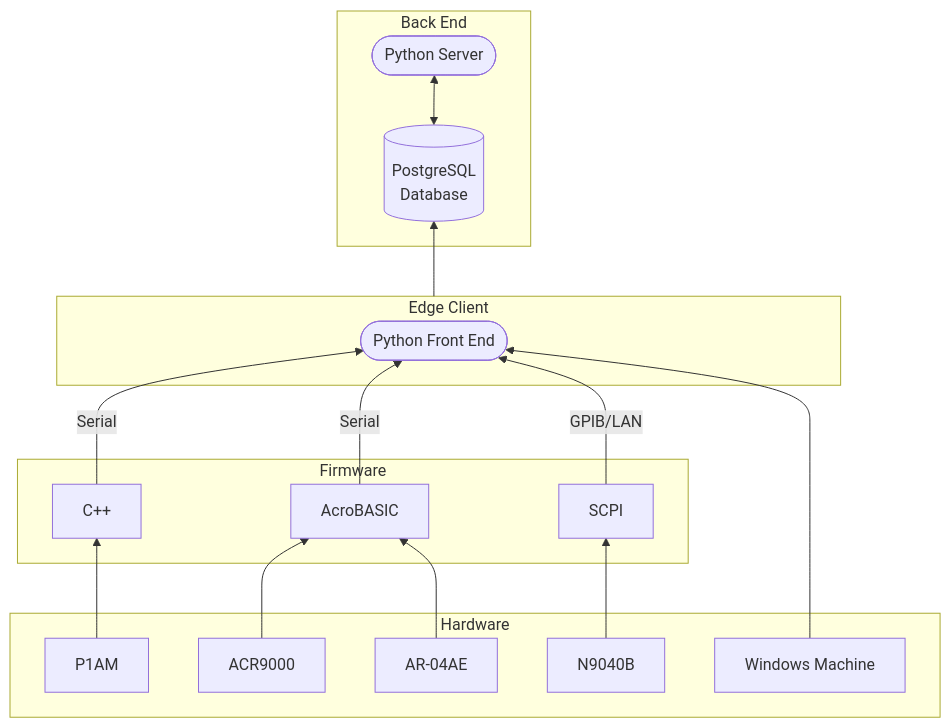
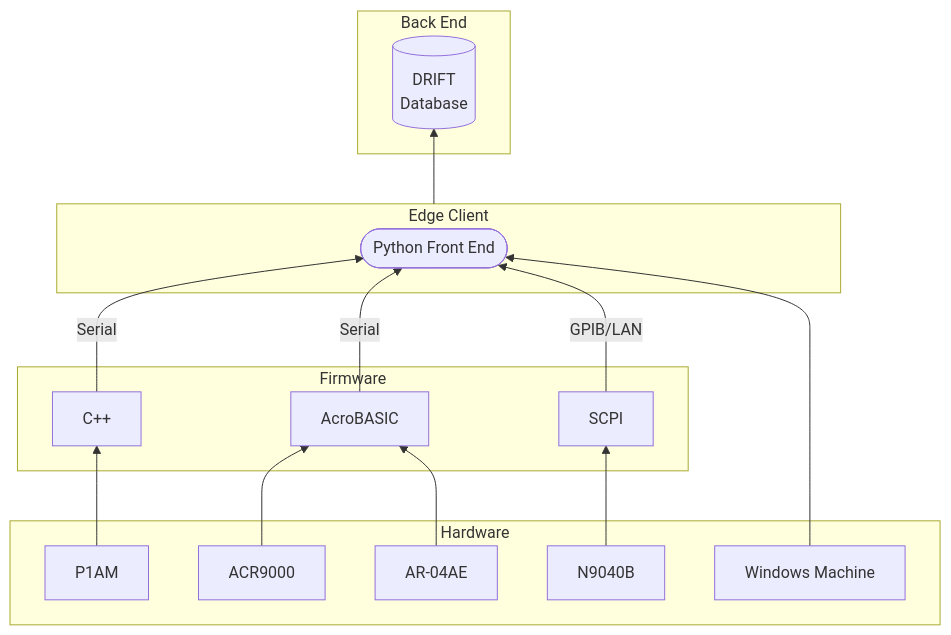
One commit to RomiFC/RF-DFS changed the diagram in README.md. Above: the diagram before and after it, drawn with Mermaid.

````diff
--- a/README.md
+++ b/README.md
@@ -9,37 +9,35 @@
 ```mermaid
 graph BT
 
     subgraph Hardware
     P1AM
     win[Windows Machine]
     ACR9000
     AR-04AE
     N9040B
     end
 
     subgraph Firmware
     C++
     AcroBASIC
     SCPI
     end
 
     subgraph client[Edge Client]
     Python([Python Front End])
     end
 
     subgraph Back End
-    Database[(PostgreSQL<br>Database)]
-    Server([Python Server])
+    Database[(DRIFT<br>Database)]
     end
 
     C++ -->|Serial| Python
     AcroBASIC -->|Serial| Python
     SCPI -->|GPIB/LAN| Python
 
     P1AM --> C++
     win --> Python
     ACR9000 & AR-04AE --> AcroBASIC
     N9040B --> SCPI
     client --> Database
-    Database <--> Server
 ```
````
